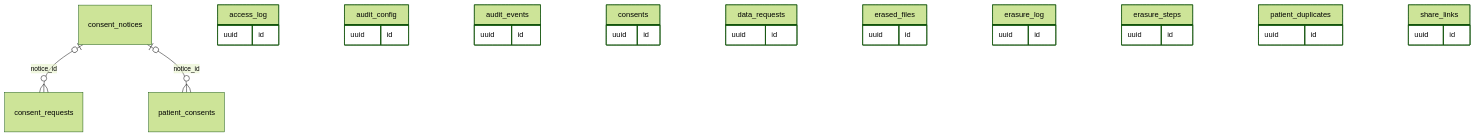
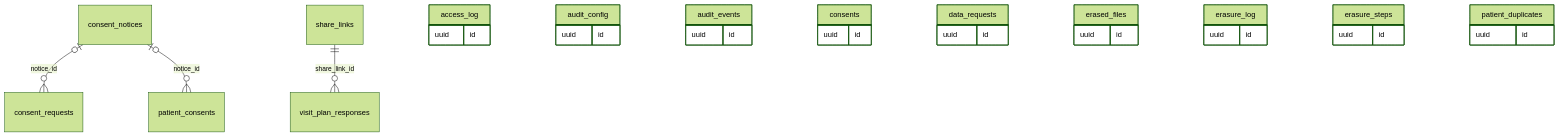
One commit to sakalyatechnologies/aarogyam changed diagram 12 of 13 in docs/database.md. Above: the diagram before and after it, drawn with Mermaid (forest theme). The commit also changed other lines of this file and 35 other files, not shown here.

````diff
--- a/docs/database.md
+++ b/docs/database.md
@@ -3450,35 +3451,33 @@
 ```mermaid
 erDiagram
   consent_notices |o--o{ consent_requests : "notice_id"
   consent_notices |o--o{ patient_consents : "notice_id"
+  share_links ||--o{ visit_plan_responses : "share_link_id"
   access_log {
     uuid id
   }
   audit_config {
     uuid id
   }
   audit_events {
     uuid id
   }
   consents {
     uuid id
   }
   data_requests {
     uuid id
   }
   erased_files {
     uuid id
   }
   erasure_log {
     uuid id
   }
   erasure_steps {
     uuid id
   }
   patient_duplicates {
     uuid id
   }
-  share_links {
-    uuid id
-  }
 ```
````
